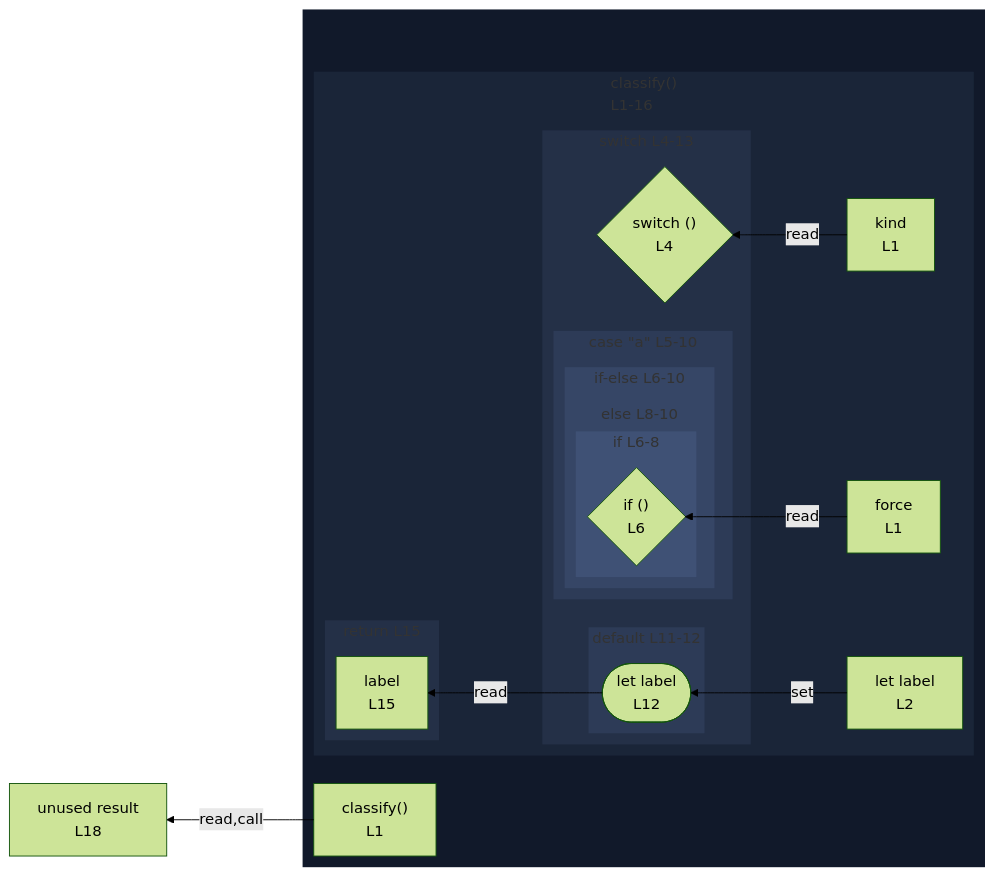
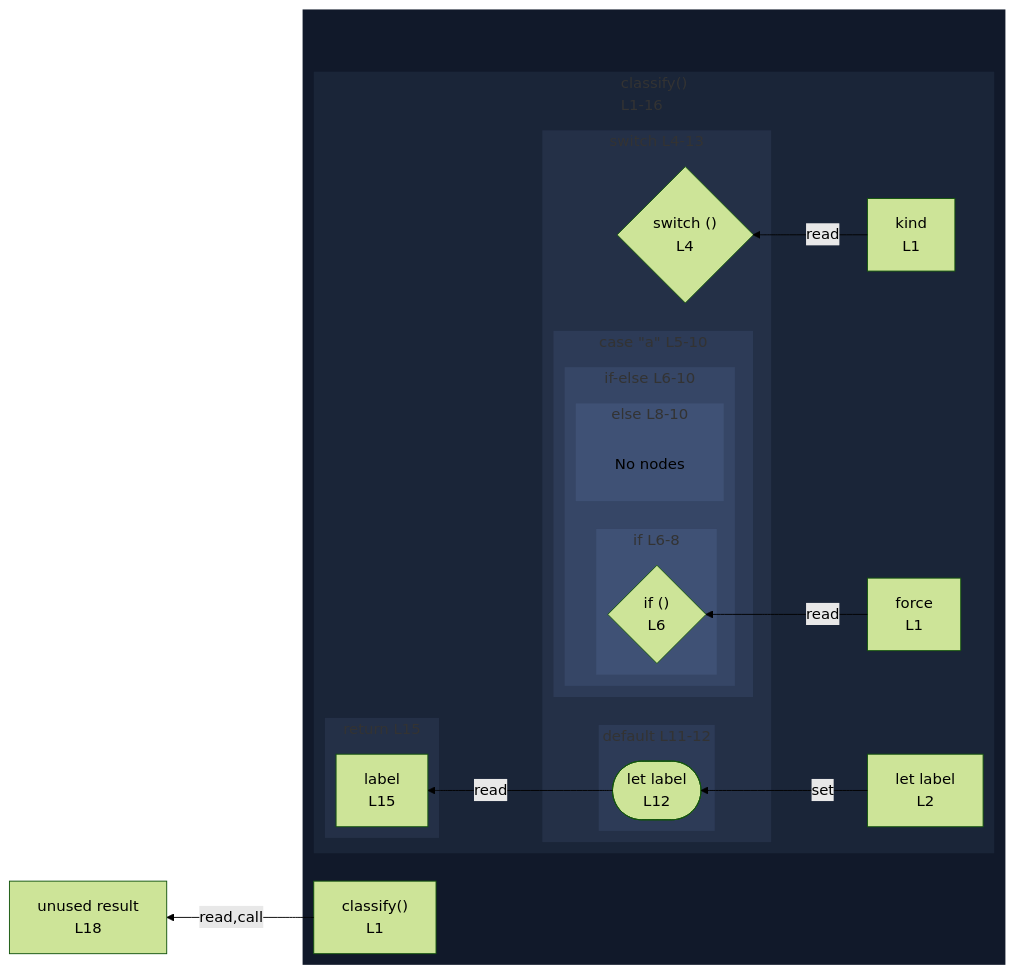
Before and after one commit to crescware/unsnarl: the diagram in integration/fixtures/switch-statement/case-mixed-if-branches-labelled/preview.md, drawn with Mermaid (forest theme). The commit also changed 55 other files, not shown here.

First line of the commit message:
Always emit a 'No nodes' placeholder in empty elk subgraphs

````diff
--- a/integration/fixtures/switch-statement/case-mixed-if-branches-labelled/preview.md
+++ b/integration/fixtures/switch-statement/case-mixed-if-branches-labelled/preview.md
@@ -28,60 +28,63 @@
 ```mermaid
 %%{init: {"flowchart": {"defaultRenderer": "elk"}}}%%
 flowchart RL
   n_scope_0_result_268["unused result<br/>L18"]
   subgraph wrap_s_scope_1[" "]
     direction TB
     n_scope_0_classify_9["classify()<br/>L1"]
     subgraph s_scope_1["classify()<br/>L1-16"]
       direction RL
       n_scope_1_kind_18["kind<br/>L1"]
       n_scope_1_force_32["force<br/>L1"]
       n_scope_1_label_56["let label<br/>L2"]
       subgraph s_scope_2["switch L4-13"]
         direction RL
         switch_discriminant_scope_1_78{"switch ()<br/>L4"}
         subgraph s_scope_3["case &quot;a&quot; L5-10"]
           direction RL
           subgraph cont_if_scope_3_114["if-else L6-10"]
             direction RL
             subgraph s_scope_4["if L6-8"]
               direction RL
               if_test_scope_3_114{"if ()<br/>L6"}
             end
             subgraph s_scope_5["else L8-10"]
               direction RL
+              elk_empty_s_scope_5["No nodes"]
             end
           end
         end
         subgraph s_scope_6["default L11-12"]
           direction RL
           wr_ref_3(["let label<br/>L12"])
         end
       end
       subgraph s_return_scope_0_classify_9_245_258["return L15"]
         direction RL
         ret_use_ref_4["label<br/>L15"]
       end
     end
   end
   n_scope_1_label_56 -->|set| wr_ref_3
   n_scope_1_kind_18 -->|read| switch_discriminant_scope_1_78
   n_scope_1_force_32 -->|read| if_test_scope_3_114
   wr_ref_3 -->|read| ret_use_ref_4
   n_scope_0_classify_9 -->|read,call| n_scope_0_result_268
   classDef nestL1 fill:#11192a,stroke:transparent;
   class wrap_s_scope_1 nestL1;
   classDef nestL2 fill:#1a2538,stroke:transparent;
   class s_scope_1 nestL2;
   classDef nestL3 fill:#243047,stroke:transparent;
   class s_scope_2 nestL3;
   class s_return_scope_0_classify_9_245_258 nestL3;
   classDef nestL4 fill:#2d3b57,stroke:transparent;
   class s_scope_3 nestL4;
   class s_scope_6 nestL4;
   classDef nestL5 fill:#364666,stroke:transparent;
   class cont_if_scope_3_114 nestL5;
   classDef nestL6 fill:#3f5175,stroke:transparent;
   class s_scope_4 nestL6;
   class s_scope_5 nestL6;
+  classDef elkEmptyPlaceholder fill:transparent,stroke:transparent;
+  class elk_empty_s_scope_5 elkEmptyPlaceholder;
 ```
````
